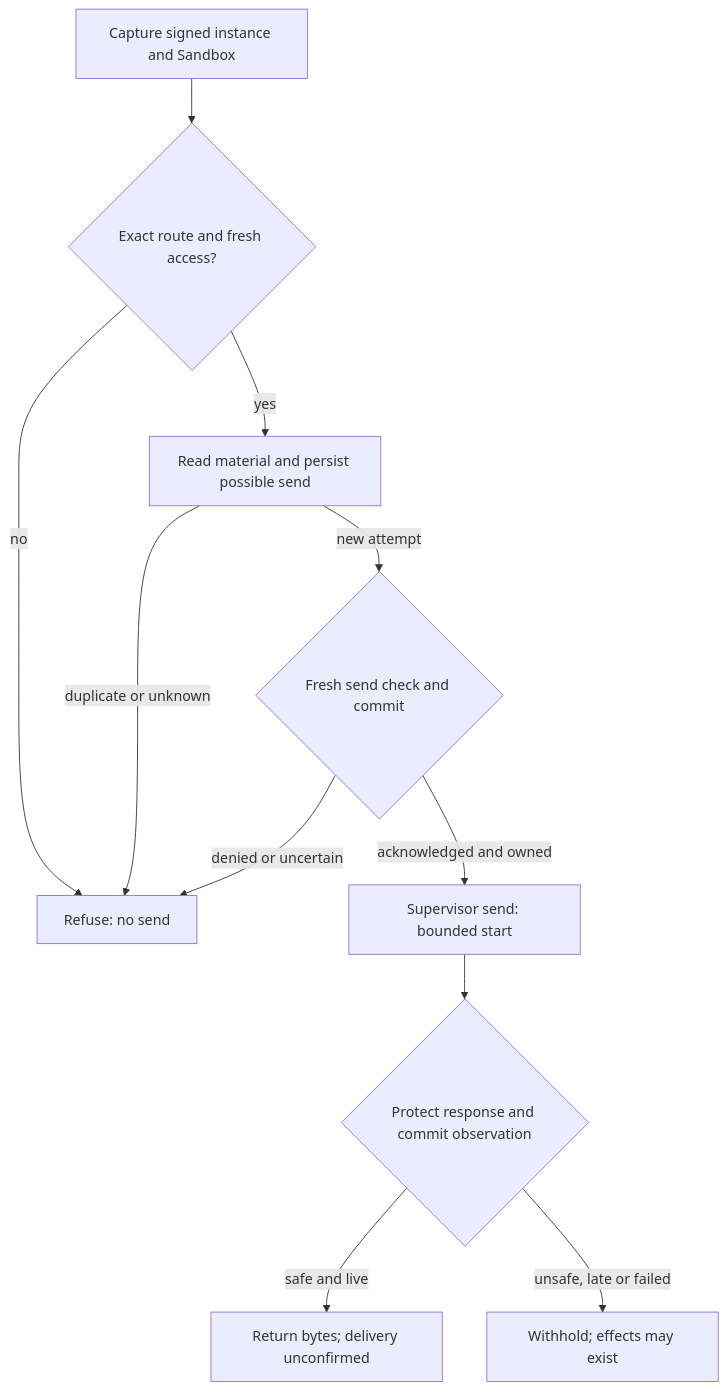
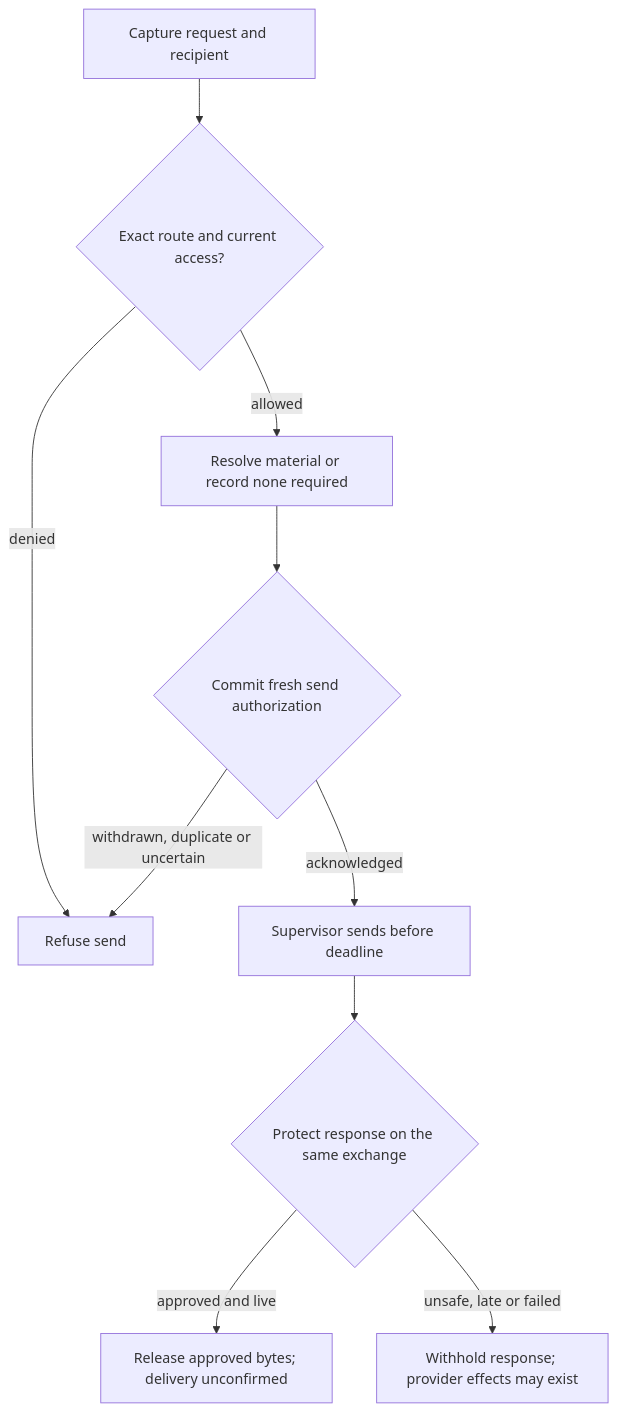
The diagram in docs/flows/credential-source-egress.md (RaymondMcCreesh/openclaw-enterprise), drawn with Mermaid before and after one commit. The commit also changed other lines of this file and 9 other files, not shown here.

````diff
--- a/docs/flows/credential-source-egress.md
+++ b/docs/flows/credential-source-egress.md
@@ -35,13 +55,12 @@
 ```mermaid
 graph TD
-  A["Capture signed instance and Sandbox"] --> B{"Exact route and fresh access?"}
-  B -- "no" --> X["Refuse: no send"]
-  B -- "yes" --> C["Read material and persist possible send"]
-  C -- "duplicate or unknown" --> X
-  C -- "new attempt" --> D{"Fresh send check and commit"}
-  D -- "denied or uncertain" --> X
-  D -- "acknowledged and owned" --> E["Supervisor send: bounded start"]
-  E --> F{"Protect response and commit observation"}
-  F -- "safe and live" --> G["Return bytes; delivery unconfirmed"]
-  F -- "unsafe, late or failed" --> H["Withhold; effects may exist"]
+  A["Capture request and recipient"] --> B{"Exact route and current access?"}
+  B -- "denied" --> X["Refuse send"]
+  B -- "allowed" --> C["Resolve material or record none required"]
+  C --> D{"Commit fresh send authorization"}
+  D -- "withdrawn, duplicate or uncertain" --> X
+  D -- "acknowledged" --> E["Supervisor sends before deadline"]
+  E --> F{"Protect response on the same exchange"}
+  F -- "approved and live" --> G["Release approved bytes; delivery unconfirmed"]
+  F -- "unsafe, late or failed" --> H["Withhold response; provider effects may exist"]
 ```
````
